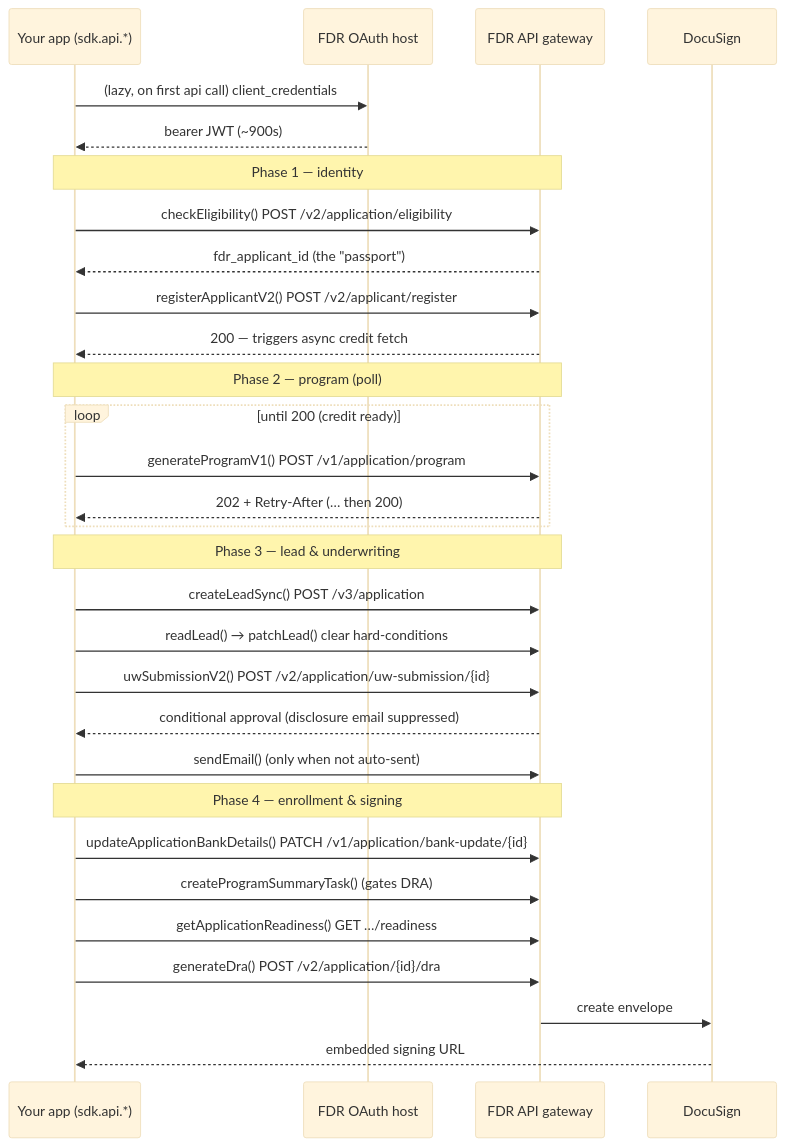
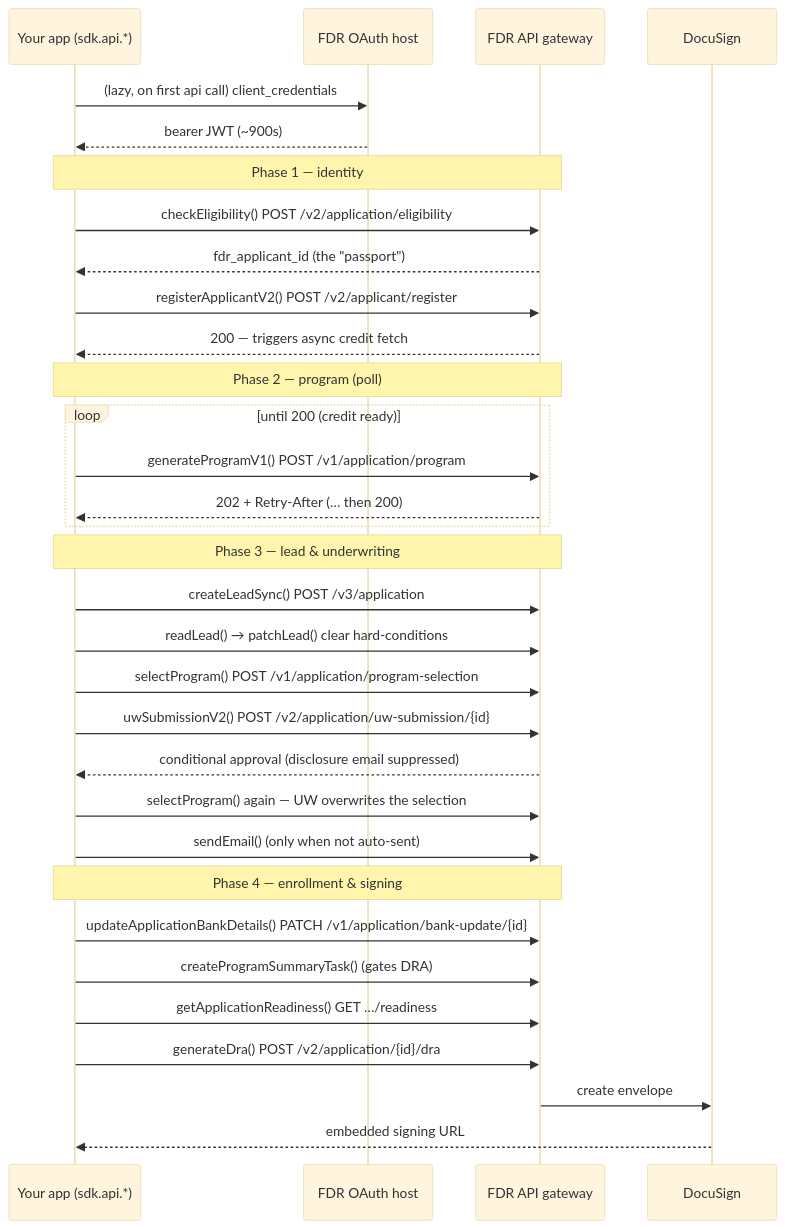
The diagram in README.md (BorrowBetter/arpcsdk), drawn with Mermaid (base theme) before and after one commit. The commit also changed other lines of this file and 12 other files, not shown here.

First line of the commit message:
ARPC spec 2026.16.0: program selection + a spec-repair layer (#4)

````diff
--- a/README.md
+++ b/README.md
@@ -53,37 +53,39 @@
 ```mermaid
 sequenceDiagram
     participant App as Your app (sdk.api.*)
     participant OAuth as FDR OAuth host
     participant GW as FDR API gateway
     participant DS as DocuSign
 
     App->>OAuth: (lazy, on first api call) client_credentials
     OAuth-->>App: bearer JWT (~900s)
 
     Note over App,GW: Phase 1 — identity
     App->>GW: checkEligibility()  POST /v2/application/eligibility
     GW-->>App: fdr_applicant_id (the "passport")
     App->>GW: registerApplicantV2()  POST /v2/applicant/register
     GW-->>App: 200 — triggers async credit fetch
 
     Note over App,GW: Phase 2 — program (poll)
     loop until 200 (credit ready)
         App->>GW: generateProgramV1()  POST /v1/application/program
         GW-->>App: 202 + Retry-After  (… then 200)
     end
 
     Note over App,GW: Phase 3 — lead & underwriting
     App->>GW: createLeadSync()  POST /v3/application
     App->>GW: readLead() → patchLead()  clear hard-conditions
+    App->>GW: selectProgram()  POST /v1/application/program-selection
     App->>GW: uwSubmissionV2()  POST /v2/application/uw-submission/{id}
     GW-->>App: conditional approval (disclosure email suppressed)
+    App->>GW: selectProgram()  again — UW overwrites the selection
     App->>GW: sendEmail()  (only when not auto-sent)
 
     Note over App,GW: Phase 4 — enrollment & signing
     App->>GW: updateApplicationBankDetails()  PATCH /v1/application/bank-update/{id}
     App->>GW: createProgramSummaryTask()  (gates DRA)
     App->>GW: getApplicationReadiness()  GET …/readiness
     App->>GW: generateDra()  POST /v2/application/{id}/dra
     GW->>DS: create envelope
     DS-->>App: embedded signing URL
 ```
````
